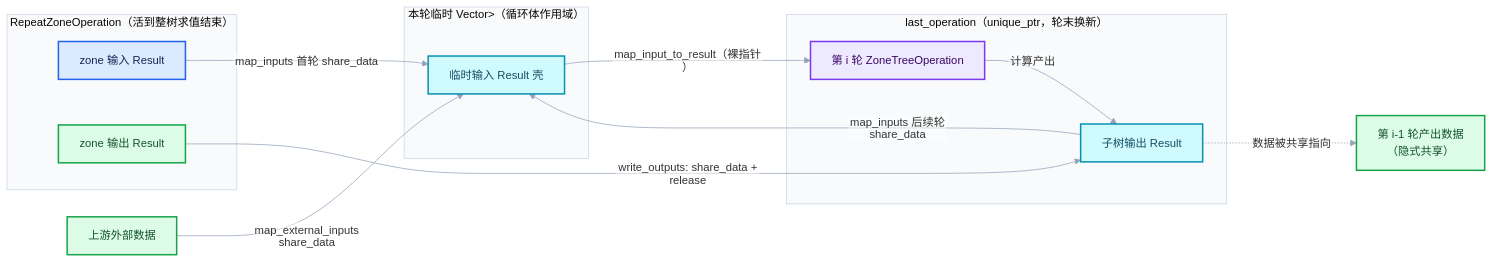
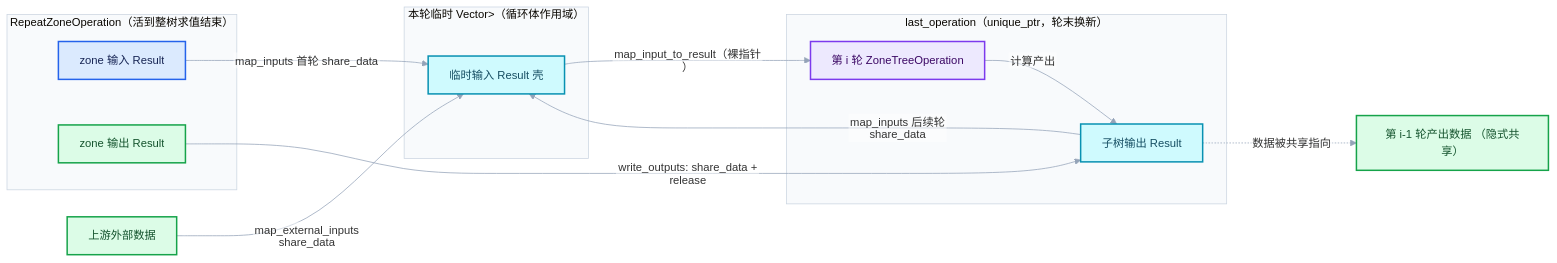
Before and after one commit to yunkezengren/blender-.vscode: the fourth of 5 diagrams in 杂/markdown/重复区域-dsh/05-跨后端实现/01-合成器RepeatZoneOperation.md, drawn with Mermaid. The commit also changed other lines of this file and 27 other files, not shown here.

````diff
--- a/杂/markdown/重复区域-dsh/05-跨后端实现/01-合成器RepeatZoneOperation.md
+++ b/杂/markdown/重复区域-dsh/05-跨后端实现/01-合成器RepeatZoneOperation.md
@@ -1176,30 +872,30 @@
 ```mermaid
 %%{init: {"theme":"base","themeVariables":{"fontFamily":"\"Segoe UI\",\"Microsoft YaHei\",sans-serif","fontSize":"15px","lineColor":"#94A3B8","edgeLabelBackground":"#FFFFFF","clusterBkg":"#F8FAFC","clusterBorder":"#CBD5E1"},"flowchart":{"htmlLabels":false,"curve":"basis","nodeSpacing":52,"rankSpacing":64,"padding":14,"diagramPadding":16,"useMaxWidth":true},"sequence":{"useMaxWidth":true,"wrap":true,"mirrorActors":false,"messageMargin":36}}}%%
 flowchart LR
   subgraph ZONE["RepeatZoneOperation（活到整树求值结束）"]
     IN["zone 输入 Result"]:::input
     OUT["zone 输出 Result"]:::result
   end
   subgraph LASTOP["last_operation（unique_ptr，轮末换新）"]
     ZT["第 i 轮 ZoneTreeOperation"]:::abstraction
     ZR["子树输出 Result"]:::data
   end
   subgraph TMP["本轮临时 Vector<unique_ptr<Result>>（循环体作用域）"]
     TI["临时输入 Result 壳"]:::data
   end
-  DATA1["第 i-1 轮产出数据<br/>（隐式共享）"]:::result
+  DATA1["第 i-1 轮产出数据 （隐式共享）"]:::result
   DATA2["上游外部数据"]:::result
   IN -->|"map_inputs 首轮 share_data"| TI
   ZR -->|"map_inputs 后续轮 share_data"| TI
   TI -->|"map_input_to_result（裸指针）"| ZT
   ZT -->|"计算产出"| ZR
   ZR -.->|"数据被共享指向"| DATA1
   OUT -->|"write_outputs: share_data + release"| ZR
   DATA2 -->|"map_external_inputs share_data"| TI
   classDef input fill:#DBEAFE,stroke:#2563EB,color:#172554,stroke-width:2px;
   classDef data fill:#CFFAFE,stroke:#0891B2,color:#164E63,stroke-width:2px;
   classDef abstraction fill:#EDE9FE,stroke:#7C3AED,color:#3B0764,stroke-width:2px;
   classDef compute fill:#FEF3C7,stroke:#D97706,color:#78350F,stroke-width:2px;
   classDef result fill:#DCFCE7,stroke:#16A34A,color:#14532D,stroke-width:2px;
   classDef error fill:#FEE2E2,stroke:#DC2626,color:#7F1D1D,stroke-width:2px;
 ```
````
